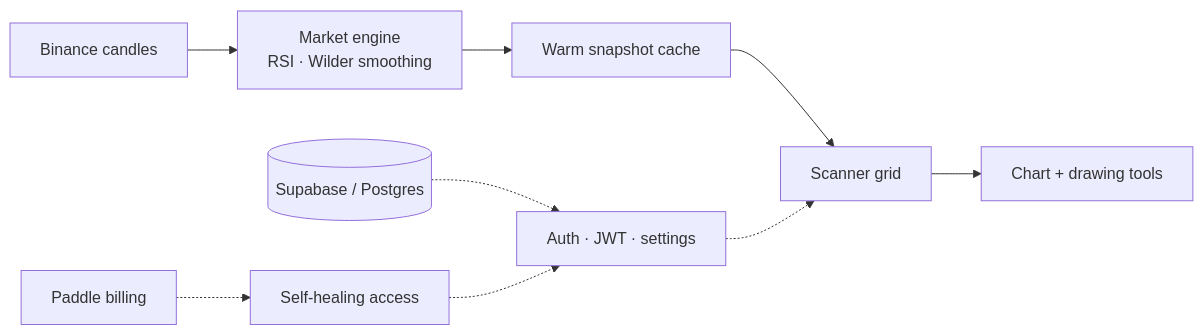
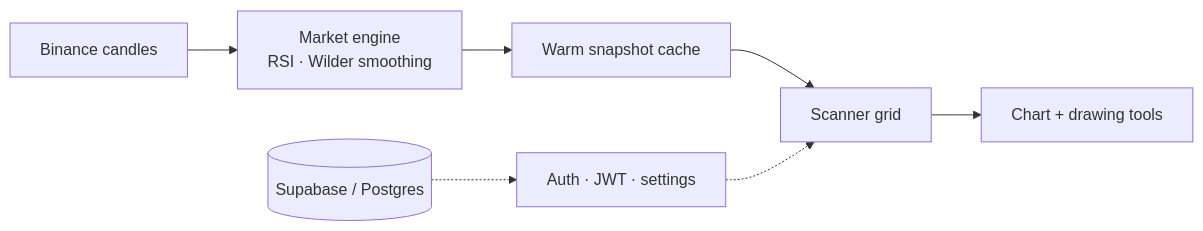
Before and after one commit to hamad-naeem/rsiscreener: the diagram in README.md, drawn with Mermaid. The commit also changed other lines of this file and 1 other file, not shown here.

Commit message:
Sharpen README: drop mobile section, remove billing-provider name, add engineering highlights

````diff
--- a/README.md
+++ b/README.md
@@ -81,10 +89,9 @@
 ```mermaid
 flowchart LR
   B[Binance candles] --> E["Market engine<br/>RSI · Wilder smoothing"]
   E --> C[Warm snapshot cache]
   C --> G[Scanner grid]
   G --> Ch[Chart + drawing tools]
   S[("Supabase / Postgres")] -.-> A["Auth · JWT · settings"]
   A -.-> G
-  P[Paddle billing] -.-> AC[Self-healing access] -.-> A
 ```
````
